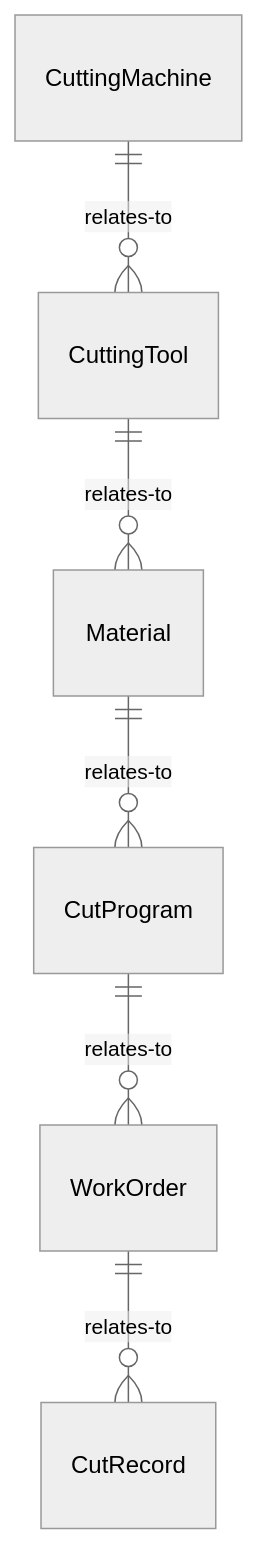
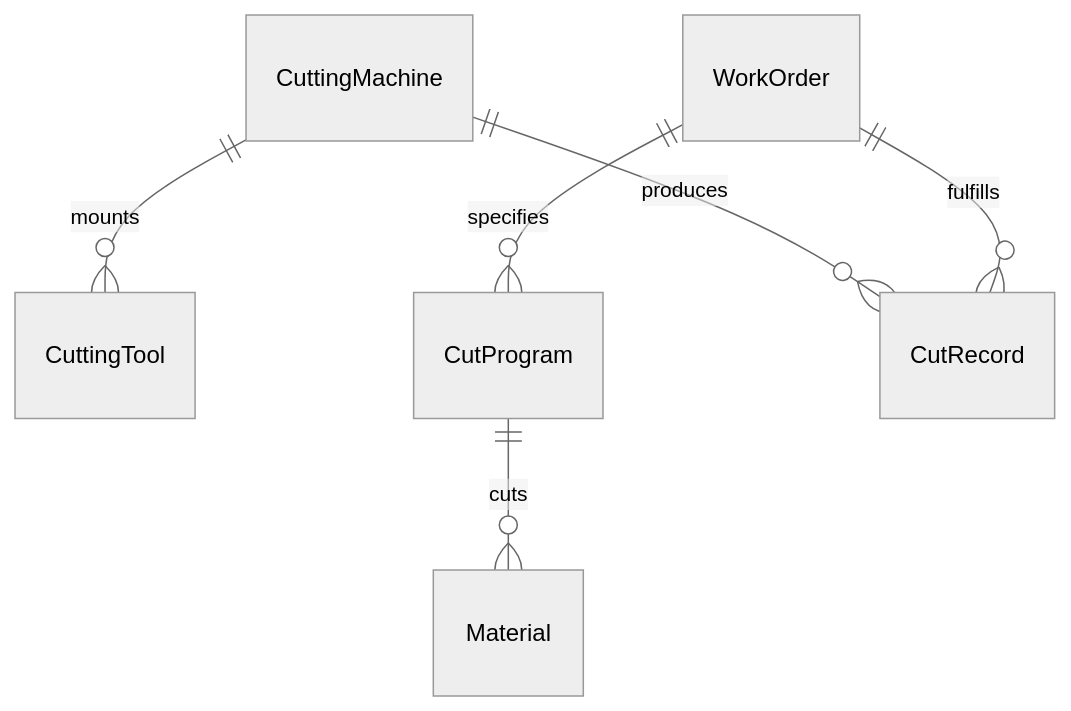
One commit to dot-org-ai/tasks.org.ai changed the first of 4 diagrams in ControllingMachinesAndProcesses/OperateCuttingOrGrindingEquipment/OperateCuttingEquipment.mdx. Above: the diagram before and after it, drawn with Mermaid (neutral theme). The commit also changed other lines of this file and 515 other files, not shown here.

````diff
--- a/ControllingMachinesAndProcesses/OperateCuttingOrGrindingEquipment/OperateCuttingEquipment.mdx
+++ b/ControllingMachinesAndProcesses/OperateCuttingOrGrindingEquipment/OperateCuttingEquipment.mdx
@@ -88,8 +88,8 @@
 ```mermaid
 erDiagram
-    CuttingMachine ||--o{ CuttingTool : relates-to
-    CuttingTool ||--o{ Material : relates-to
-    Material ||--o{ CutProgram : relates-to
-    CutProgram ||--o{ WorkOrder : relates-to
-    WorkOrder ||--o{ CutRecord : relates-to
+    CuttingMachine ||--o{ CuttingTool : mounts
+    WorkOrder ||--o{ CutProgram : specifies
+    CutProgram ||--o{ Material : cuts
+    CuttingMachine ||--o{ CutRecord : produces
+    WorkOrder ||--o{ CutRecord : fulfills
 ```
````
